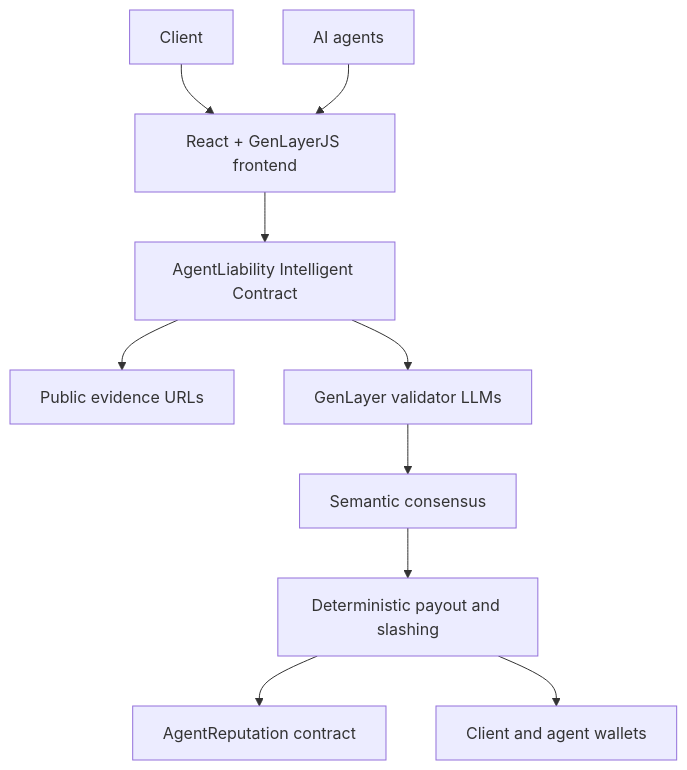
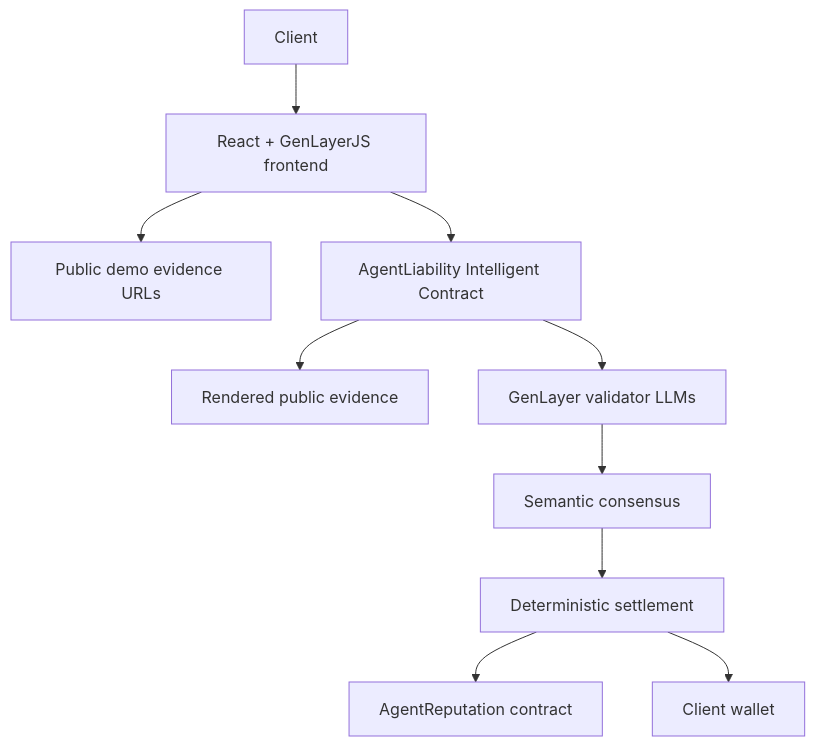
Before and after one commit to tanphung/agent-liability: the first of 2 diagrams in README.md, drawn with Mermaid. The commit also changed other lines of this file and 2 other files, not shown here.

````diff
--- a/README.md
+++ b/README.md
@@ -39,12 +39,12 @@
 ```mermaid
 flowchart TD
   Client["Client"] --> UI["React + GenLayerJS frontend"]
-  Agent["AI agents"] --> UI
+  UI --> Evidence["Public demo evidence URLs"]
   UI --> Main["AgentLiability Intelligent Contract"]
-  Main --> Web["Public evidence URLs"]
+  Main --> Web["Rendered public evidence"]
   Main --> LLM["GenLayer validator LLMs"]
   LLM --> Consensus["Semantic consensus"]
-  Consensus --> Settlement["Deterministic payout and slashing"]
+  Consensus --> Settlement["Deterministic settlement"]
   Settlement --> Reputation["AgentReputation contract"]
-  Settlement --> Wallets["Client and agent wallets"]
+  Settlement --> Wallets["Client wallet"]
 ```
````
